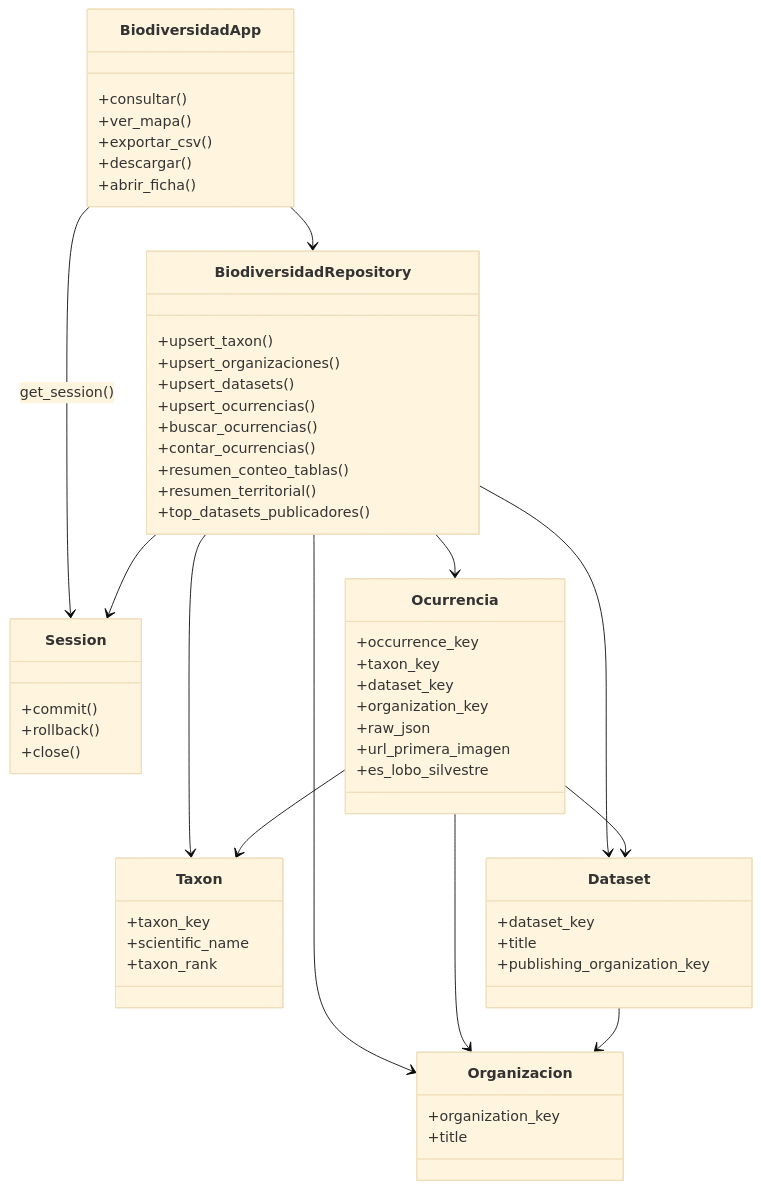
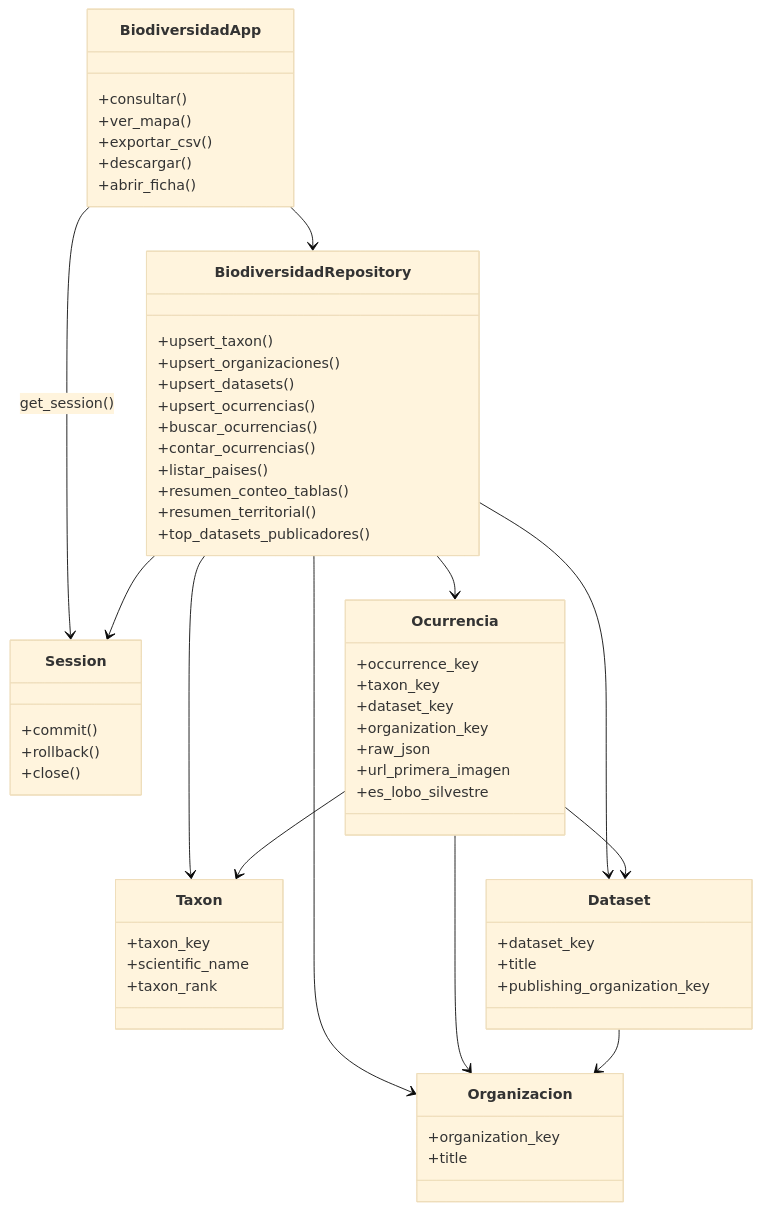
Before and after one commit to gracobjo/biodiversidad: the fourth of 9 diagrams in docs/UML.md, drawn with Mermaid (base theme). The commit also changed 9 other files, not shown here.

````diff
--- a/docs/UML.md
+++ b/docs/UML.md
@@ -163,61 +163,62 @@
 ```mermaid
 classDiagram
   class BiodiversidadApp {
     +consultar()
     +ver_mapa()
     +exportar_csv()
     +descargar()
     +abrir_ficha()
   }
   class Session {
     +commit()
     +rollback()
     +close()
   }
   class BiodiversidadRepository {
     +upsert_taxon()
     +upsert_organizaciones()
     +upsert_datasets()
     +upsert_ocurrencias()
     +buscar_ocurrencias()
     +contar_ocurrencias()
+    +listar_paises()
     +resumen_conteo_tablas()
     +resumen_territorial()
     +top_datasets_publicadores()
   }
   class Taxon {
     +taxon_key
     +scientific_name
     +taxon_rank
   }
   class Organizacion {
     +organization_key
     +title
   }
   class Dataset {
     +dataset_key
     +title
     +publishing_organization_key
   }
   class Ocurrencia {
     +occurrence_key
     +taxon_key
     +dataset_key
     +organization_key
     +raw_json
     +url_primera_imagen
     +es_lobo_silvestre
   }
 
   BiodiversidadApp --> Session : get_session()
   BiodiversidadApp --> BiodiversidadRepository
   BiodiversidadRepository --> Session
   BiodiversidadRepository --> Taxon
   BiodiversidadRepository --> Organizacion
   BiodiversidadRepository --> Dataset
   BiodiversidadRepository --> Ocurrencia
   Ocurrencia --> Taxon
   Ocurrencia --> Dataset
   Ocurrencia --> Organizacion
   Dataset --> Organizacion
 ```
````
